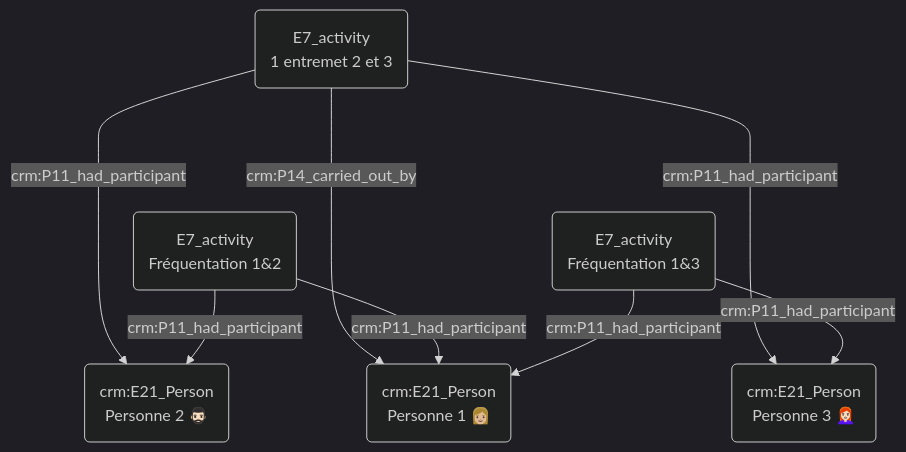
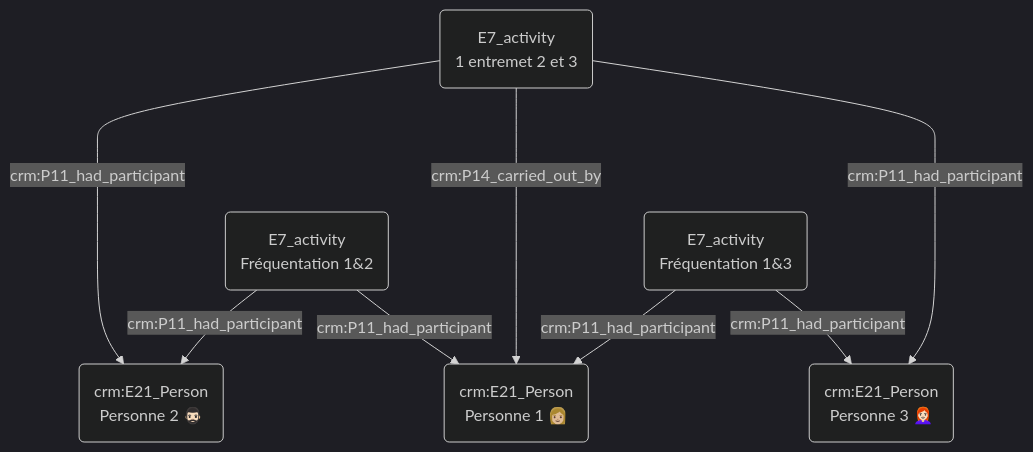
One commit to Amleth/consortium-musica2-gt2-ontologies changed the diagram in modules/livrables/Dossier 2/Prosopographie/rencontre de quelqu'un par le biais d'une tierce personne au sein d'un même lieu.md. Above: the diagram before and after it, drawn with Mermaid (dark theme).

Commit message:
Update rencontre de quelqu'un par le biais d'une tierce personne au sein d'un même lieu.md

````diff
--- a/modules/livrables/Dossier 2/Prosopographie/rencontre de quelqu'un par le biais d'une tierce personne au sein d'un même lieu.md
+++ b/modules/livrables/Dossier 2/Prosopographie/rencontre de quelqu'un par le biais d'une tierce personne au sein d'un même lieu.md
@@ -13,21 +13,23 @@
 ```mermaid
 graph TD;
 
 
 
 
 
 
 O(E7_activity<br>1 entremet 2 et 3) ---->|crm:P11_had_participant| C("crm:E21_Person<br>Personne 2 🧔🏻‍♂️")
-O(E7_activity<br>1 entremet 2 et 3) ---->|crm:P14_carried_out_by| A("crm:E21_Person<br>Personne 1 👩🏼")
-O(E7_activity<br>1 entremet 2 et 3) -->|crm:P11_had_participant| E("crm:E21_Person<br>Personne 3 👩🏻‍🦰")
-
 B(E7_activity<br>Fréquentation 1&2) -->|crm:P11_had_participant| C("crm:E21_Person<br>Personne 2 🧔🏻‍♂️")
 B(E7_activity<br>Fréquentation 1&2) -->|crm:P11_had_participant| A("crm:E21_Person<br>Personne 1 👩🏼")
 
+O(E7_activity<br>1 entremet 2 et 3) ---->|crm:P14_carried_out_by| A("crm:E21_Person<br>Personne 1 👩🏼")
 D(E7_activity<br>Fréquentation 1&3) -->|crm:P11_had_participant| A("crm:E21_Person<br>Personne 1 👩🏼")
 D(E7_activity<br>Fréquentation 1&3) -->|crm:P11_had_participant| E("crm:E21_Person<br>Personne 3 👩🏻‍🦰")
 
 
+O(E7_activity<br>1 entremet 2 et 3) -->|crm:P11_had_participant| E("crm:E21_Person<br>Personne 3 👩🏻‍🦰")
+
+
+
 
 ```
````
